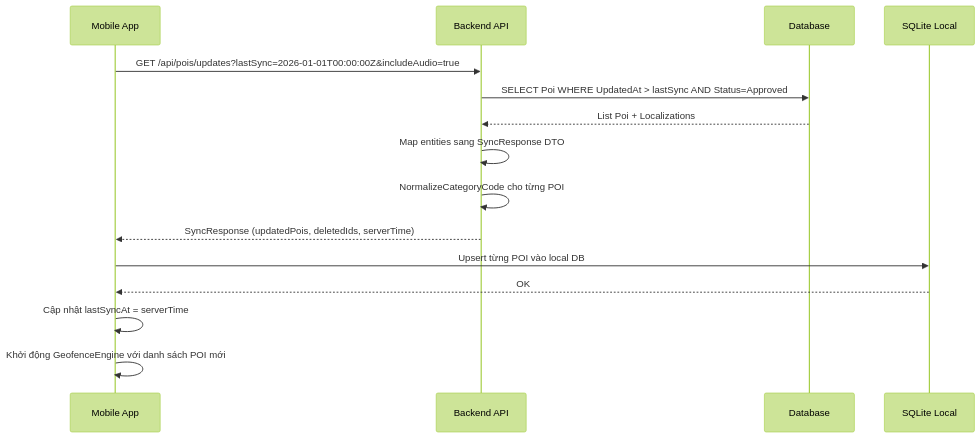
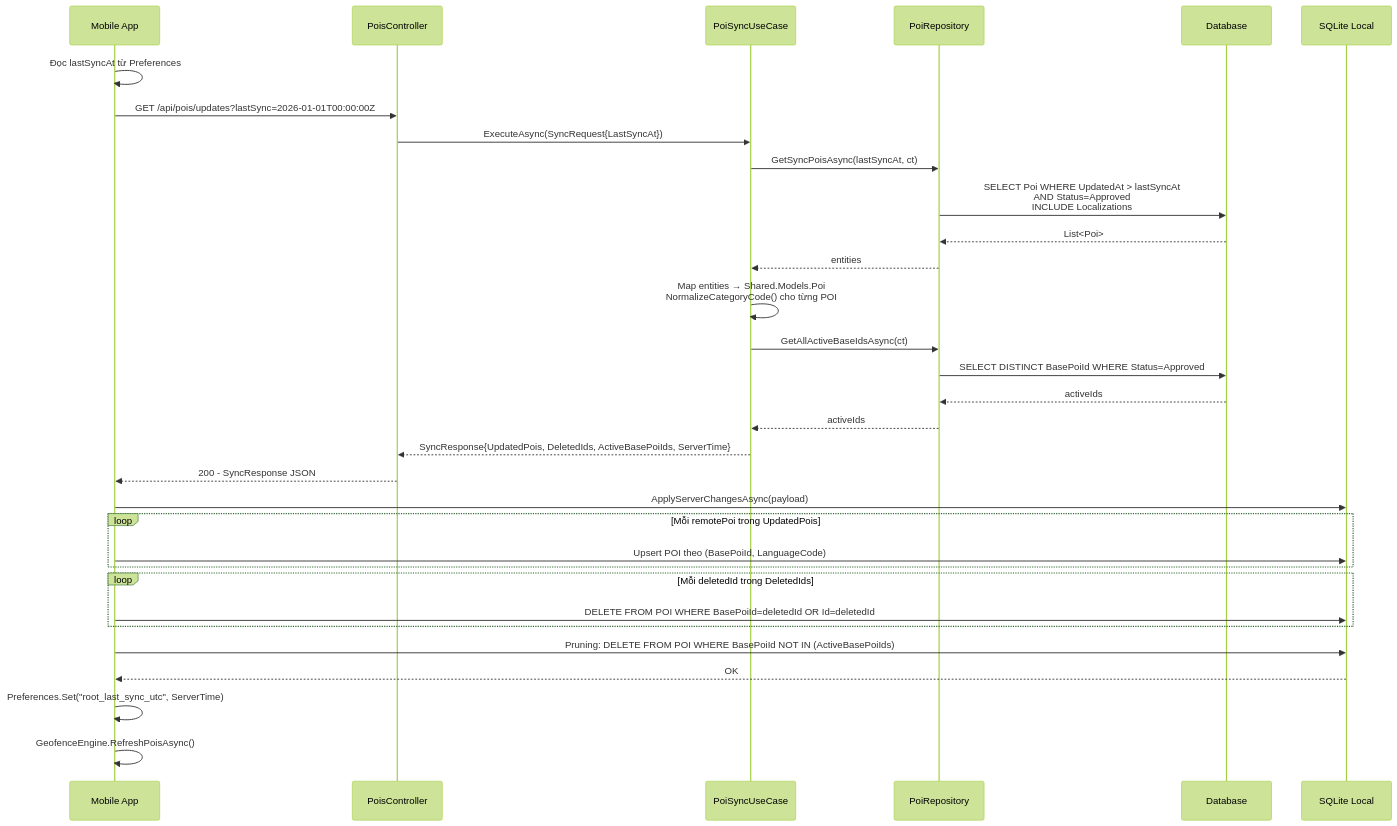
One commit to phamquyet47204/C-Sharp changed the sixth of 17 diagrams in README.md. Above: the diagram before and after it, drawn with Mermaid (forest theme). The commit also changed other lines of this file, not shown here.

````diff
--- a/README.md
+++ b/README.md
@@ -485,19 +874,36 @@
 ```mermaid
 sequenceDiagram
   participant Mobile as Mobile App
-  participant API as Backend API
+  participant PoisController
+  participant PoiSyncUseCase
+  participant PoiRepository
   participant DB as Database
   participant SQLite as SQLite Local
 
-  Mobile->>API: GET /api/pois/updates?lastSync=2026-01-01T00:00:00Z&includeAudio=true
-  API->>DB: SELECT Poi WHERE UpdatedAt > lastSync AND Status=Approved
-  DB-->>API: List Poi + Localizations
-  API->>API: Map entities sang SyncResponse DTO
-  API->>API: NormalizeCategoryCode cho từng POI
-  API-->>Mobile: SyncResponse (updatedPois, deletedIds, serverTime)
+  Mobile->>Mobile: Đọc lastSyncAt từ Preferences
+  Mobile->>PoisController: GET /api/pois/updates?lastSync=2026-01-01T00:00:00Z
+  PoisController->>PoiSyncUseCase: ExecuteAsync(SyncRequest{LastSyncAt})
+  PoiSyncUseCase->>PoiRepository: GetSyncPoisAsync(lastSyncAt, ct)
+  PoiRepository->>DB: SELECT Poi WHERE UpdatedAt > lastSyncAt<br/>AND Status=Approved<br/>INCLUDE Localizations
+  DB-->>PoiRepository: List<Poi>
+  PoiRepository-->>PoiSyncUseCase: entities
+  PoiSyncUseCase->>PoiSyncUseCase: Map entities → Shared.Models.Poi<br/>NormalizeCategoryCode() cho từng POI
+  PoiSyncUseCase->>PoiRepository: GetAllActiveBaseIdsAsync(ct)
+  PoiRepository->>DB: SELECT DISTINCT BasePoiId WHERE Status=Approved
+  DB-->>PoiRepository: activeIds
+  PoiRepository-->>PoiSyncUseCase: activeIds
+  PoiSyncUseCase-->>PoisController: SyncResponse{UpdatedPois, DeletedIds, ActiveBasePoiIds, ServerTime}
+  PoisController-->>Mobile: 200 - SyncResponse JSON
 
-  Mobile->>SQLite: Upsert từng POI vào local DB
+  Mobile->>SQLite: ApplyServerChangesAsync(payload)
+  loop Mỗi remotePoi trong UpdatedPois
+    Mobile->>SQLite: Upsert POI theo (BasePoiId, LanguageCode)
+  end
+  loop Mỗi deletedId trong DeletedIds
+    Mobile->>SQLite: DELETE FROM POI WHERE BasePoiId=deletedId OR Id=deletedId
+  end
+  Mobile->>SQLite: Pruning: DELETE FROM POI WHERE BasePoiId NOT IN (ActiveBasePoiIds)
   SQLite-->>Mobile: OK
-  Mobile->>Mobile: Cập nhật lastSyncAt = serverTime
-  Mobile->>Mobile: Khởi động GeofenceEngine với danh sách POI mới
+  Mobile->>Mobile: Preferences.Set("root_last_sync_utc", ServerTime)
+  Mobile->>Mobile: GeofenceEngine.RefreshPoisAsync()
 ```
````
